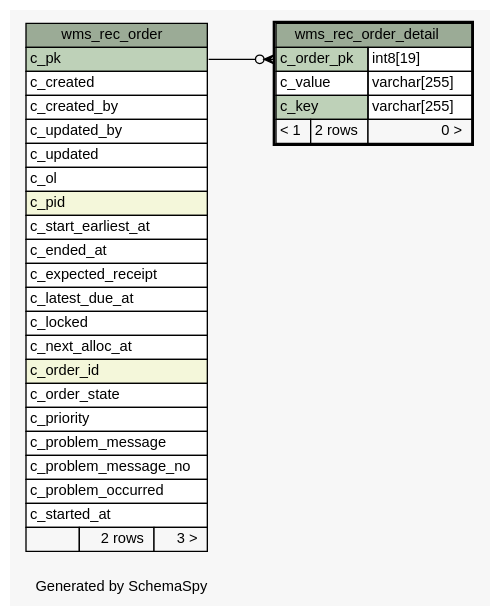
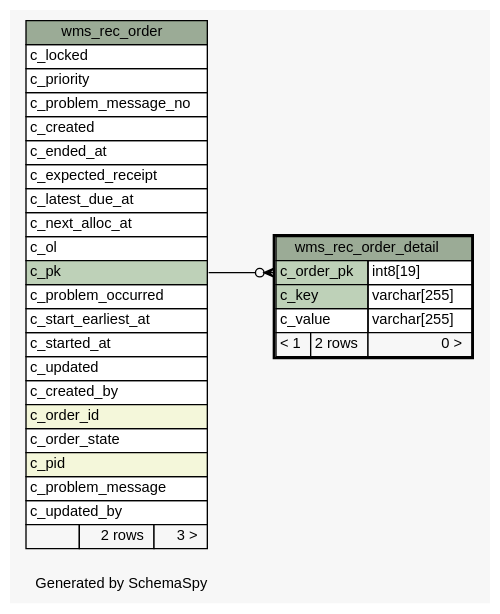
The diagram in 1.0.0-SNAPSHOT/schemaspy/diagrams/wms_rec_order_detail.1degree.dot (openwms/org.openwms.wms.receiving.lib), drawn with Graphviz before and after one commit. The commit also changed 508 other files, not shown here.

```diff
--- a/1.0.0-SNAPSHOT/schemaspy/diagrams/wms_rec_order_detail.1degree.dot
+++ b/1.0.0-SNAPSHOT/schemaspy/diagrams/wms_rec_order_detail.1degree.dot
@@ -1,64 +1,64 @@
-// dot 2.43.0 on Linux 6.2.0-1016-azure
+// dot 2.43.0 on Linux 6.5.0-1022-azure
 // SchemaSpy rev Unknown
 digraph "oneDegreeRelationshipsDiagram" {
   graph [
     rankdir="RL"
     bgcolor="#f7f7f7"
     label="\nGenerated by SchemaSpy"
     labeljust="l"
     nodesep="0.18"
     ranksep="0.46"
     fontname="Helvetica"
     fontsize="11"
   ];
   node [
     fontname="Helvetica"
     fontsize="11"
     shape="plaintext"
   ];
   edge [
     arrowsize="0.8"
   ];
   "wms_rec_order_detail":"c_order_pk":w -> "wms_rec_order":"c_pk":e [arrowhead=none dir=back arrowtail=crowodot];
   "wms_rec_order" [
     label=<
     <TABLE BORDER="0" CELLBORDER="1" CELLSPACING="0" BGCOLOR="#ffffff">
       <TR><TD COLSPAN="3" BGCOLOR="#9bab96" ALIGN="CENTER">wms_rec_order</TD></TR>
-      <TR><TD PORT="c_pk" COLSPAN="3" BGCOLOR="#bed1b8" ALIGN="LEFT">c_pk</TD></TR>
+      <TR><TD PORT="c_locked" COLSPAN="3" ALIGN="LEFT">c_locked</TD></TR>
+      <TR><TD PORT="c_priority" COLSPAN="3" ALIGN="LEFT">c_priority</TD></TR>
+      <TR><TD PORT="c_problem_message_no" COLSPAN="3" ALIGN="LEFT">c_problem_message_no</TD></TR>
       <TR><TD PORT="c_created" COLSPAN="3" ALIGN="LEFT">c_created</TD></TR>
-      <TR><TD PORT="c_created_by" COLSPAN="3" ALIGN="LEFT">c_created_by</TD></TR>
-      <TR><TD PORT="c_updated_by" COLSPAN="3" ALIGN="LEFT">c_updated_by</TD></TR>
-      <TR><TD PORT="c_updated" COLSPAN="3" ALIGN="LEFT">c_updated</TD></TR>
-      <TR><TD PORT="c_ol" COLSPAN="3" ALIGN="LEFT">c_ol</TD></TR>
-      <TR><TD PORT="c_pid" COLSPAN="3" BGCOLOR="#f4f7da" ALIGN="LEFT">c_pid</TD></TR>
-      <TR><TD PORT="c_start_earliest_at" COLSPAN="3" ALIGN="LEFT">c_start_earliest_at</TD></TR>
       <TR><TD PORT="c_ended_at" COLSPAN="3" ALIGN="LEFT">c_ended_at</TD></TR>
       <TR><TD PORT="c_expected_receipt" COLSPAN="3" ALIGN="LEFT">c_expected_receipt</TD></TR>
       <TR><TD PORT="c_latest_due_at" COLSPAN="3" ALIGN="LEFT">c_latest_due_at</TD></TR>
-      <TR><TD PORT="c_locked" COLSPAN="3" ALIGN="LEFT">c_locked</TD></TR>
       <TR><TD PORT="c_next_alloc_at" COLSPAN="3" ALIGN="LEFT">c_next_alloc_at</TD></TR>
+      <TR><TD PORT="c_ol" COLSPAN="3" ALIGN="LEFT">c_ol</TD></TR>
+      <TR><TD PORT="c_pk" COLSPAN="3" BGCOLOR="#bed1b8" ALIGN="LEFT">c_pk</TD></TR>
+      <TR><TD PORT="c_problem_occurred" COLSPAN="3" ALIGN="LEFT">c_problem_occurred</TD></TR>
+      <TR><TD PORT="c_start_earliest_at" COLSPAN="3" ALIGN="LEFT">c_start_earliest_at</TD></TR>
+      <TR><TD PORT="c_started_at" COLSPAN="3" ALIGN="LEFT">c_started_at</TD></TR>
+      <TR><TD PORT="c_updated" COLSPAN="3" ALIGN="LEFT">c_updated</TD></TR>
+      <TR><TD PORT="c_created_by" COLSPAN="3" ALIGN="LEFT">c_created_by</TD></TR>
       <TR><TD PORT="c_order_id" COLSPAN="3" BGCOLOR="#f4f7da" ALIGN="LEFT">c_order_id</TD></TR>
       <TR><TD PORT="c_order_state" COLSPAN="3" ALIGN="LEFT">c_order_state</TD></TR>
-      <TR><TD PORT="c_priority" COLSPAN="3" ALIGN="LEFT">c_priority</TD></TR>
+      <TR><TD PORT="c_pid" COLSPAN="3" BGCOLOR="#f4f7da" ALIGN="LEFT">c_pid</TD></TR>
       <TR><TD PORT="c_problem_message" COLSPAN="3" ALIGN="LEFT">c_problem_message</TD></TR>
-      <TR><TD PORT="c_problem_message_no" COLSPAN="3" ALIGN="LEFT">c_problem_message_no</TD></TR>
-      <TR><TD PORT="c_problem_occurred" COLSPAN="3" ALIGN="LEFT">c_problem_occurred</TD></TR>
-      <TR><TD PORT="c_started_at" COLSPAN="3" ALIGN="LEFT">c_started_at</TD></TR>
+      <TR><TD PORT="c_updated_by" COLSPAN="3" ALIGN="LEFT">c_updated_by</TD></TR>
       <TR><TD ALIGN="LEFT" BGCOLOR="#f7f7f7">  </TD><TD ALIGN="RIGHT" BGCOLOR="#f7f7f7">2 rows</TD><TD ALIGN="RIGHT" BGCOLOR="#f7f7f7">3 &gt;</TD></TR>
     </TABLE>>
     URL="wms_rec_order.html"
     tooltip="wms_rec_order"
   ];
   "wms_rec_order_detail" [
     label=<
     <TABLE BORDER="2" CELLBORDER="1" CELLSPACING="0" BGCOLOR="#ffffff">
       <TR><TD COLSPAN="3" BGCOLOR="#9bab96" ALIGN="CENTER">wms_rec_order_detail</TD></TR>
       <TR><TD PORT="c_order_pk" COLSPAN="2" BGCOLOR="#bed1b8" ALIGN="LEFT">c_order_pk</TD><TD PORT="c_order_pk.type" ALIGN="LEFT">int8[19]</TD></TR>
+      <TR><TD PORT="c_key" COLSPAN="2" BGCOLOR="#bed1b8" ALIGN="LEFT">c_key</TD><TD PORT="c_key.type" ALIGN="LEFT">varchar[255]</TD></TR>
       <TR><TD PORT="c_value" COLSPAN="2" ALIGN="LEFT">c_value</TD><TD PORT="c_value.type" ALIGN="LEFT">varchar[255]</TD></TR>
-      <TR><TD PORT="c_key" COLSPAN="2" BGCOLOR="#bed1b8" ALIGN="LEFT">c_key</TD><TD PORT="c_key.type" ALIGN="LEFT">varchar[255]</TD></TR>
       <TR><TD ALIGN="LEFT" BGCOLOR="#f7f7f7">&lt; 1</TD><TD ALIGN="RIGHT" BGCOLOR="#f7f7f7">2 rows</TD><TD ALIGN="RIGHT" BGCOLOR="#f7f7f7">0 &gt;</TD></TR>
     </TABLE>>
     URL="wms_rec_order_detail.html"
     tooltip="wms_rec_order_detail"
   ];
 }
```
